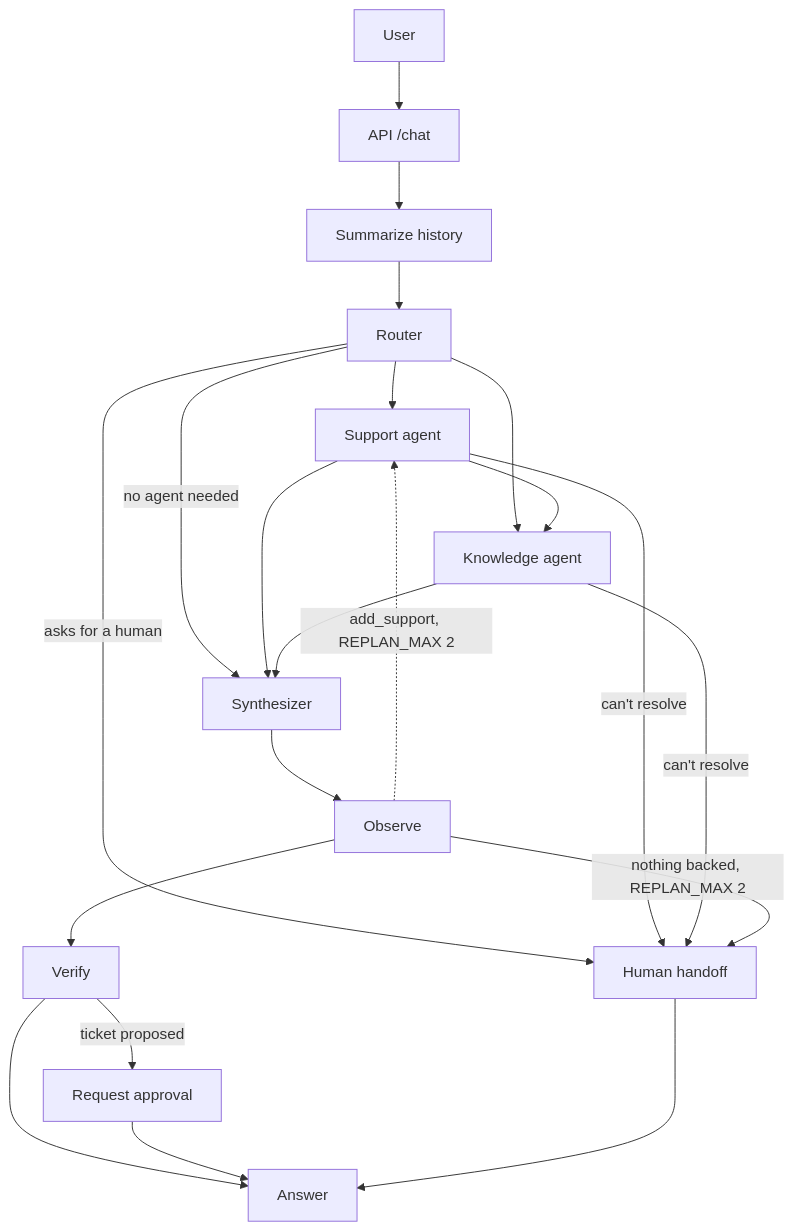
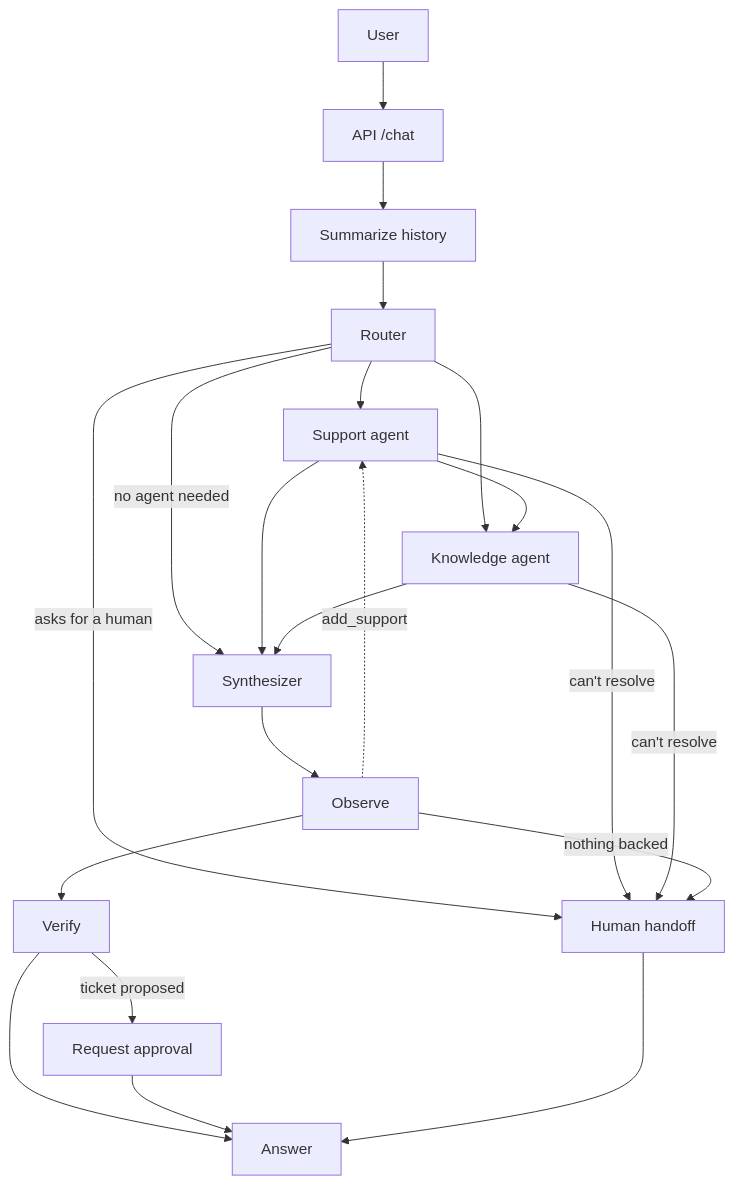
The diagram in README.md (presichi910/Challenge_GetNet), drawn with Mermaid before and after one commit. The commit also changed other lines of this file, not shown here.

Commit message:
README: record the CI test count and shorten the diagram edge labels that GitHub truncates

````diff
--- a/README.md
+++ b/README.md
@@ -13,23 +13,23 @@
 ```mermaid
 flowchart TD
     U[User] --> API[API /chat]
     API --> M[Summarize history]
     M --> R[Router]
     R --> S[Support agent]
     R --> K[Knowledge agent]
     S --> K
     R -->|no agent needed| Y[Synthesizer]
     S --> Y
     K --> Y
     R -->|asks for a human| H[Human handoff]
     S -->|can't resolve| H
     K -->|can't resolve| H
     Y --> O[Observe]
-    O -.->|add_support, REPLAN_MAX 2| S
-    O -->|nothing backed, REPLAN_MAX 2| H
+    O -.->|add_support| S
+    O -->|nothing backed| H
     O --> V[Verify]
     V -->|ticket proposed| P[Request approval]
     V --> A[Answer]
     P --> A
     H --> A
 ```
````
